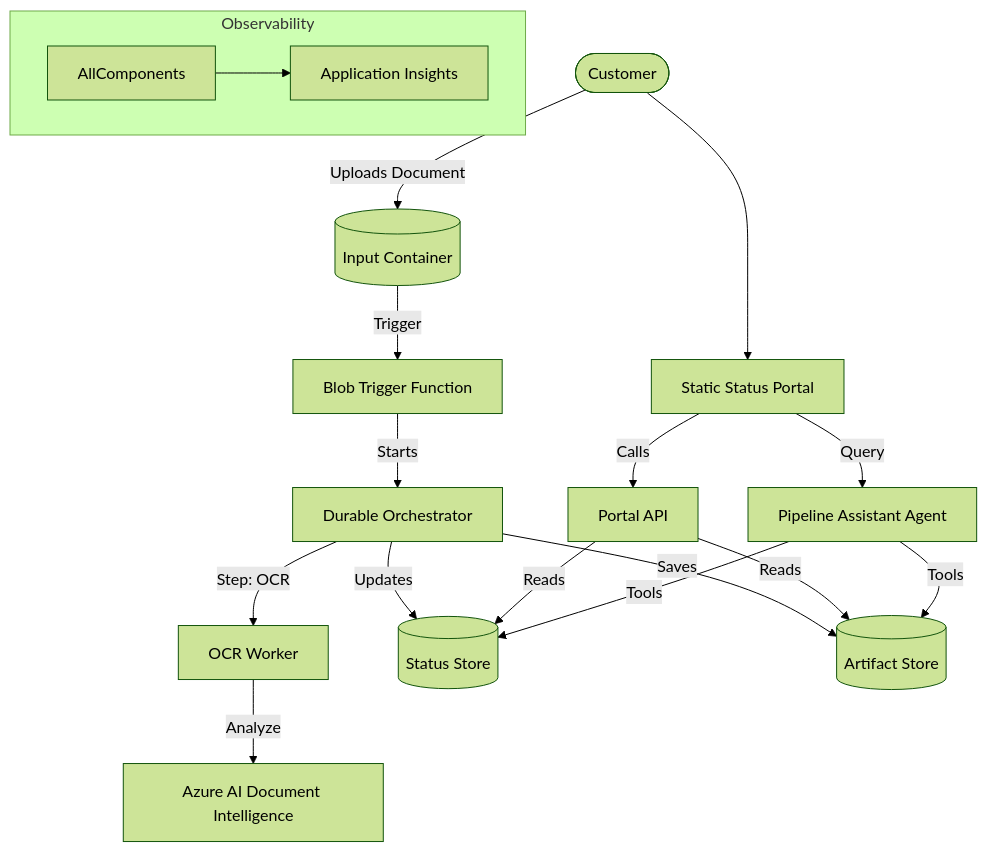
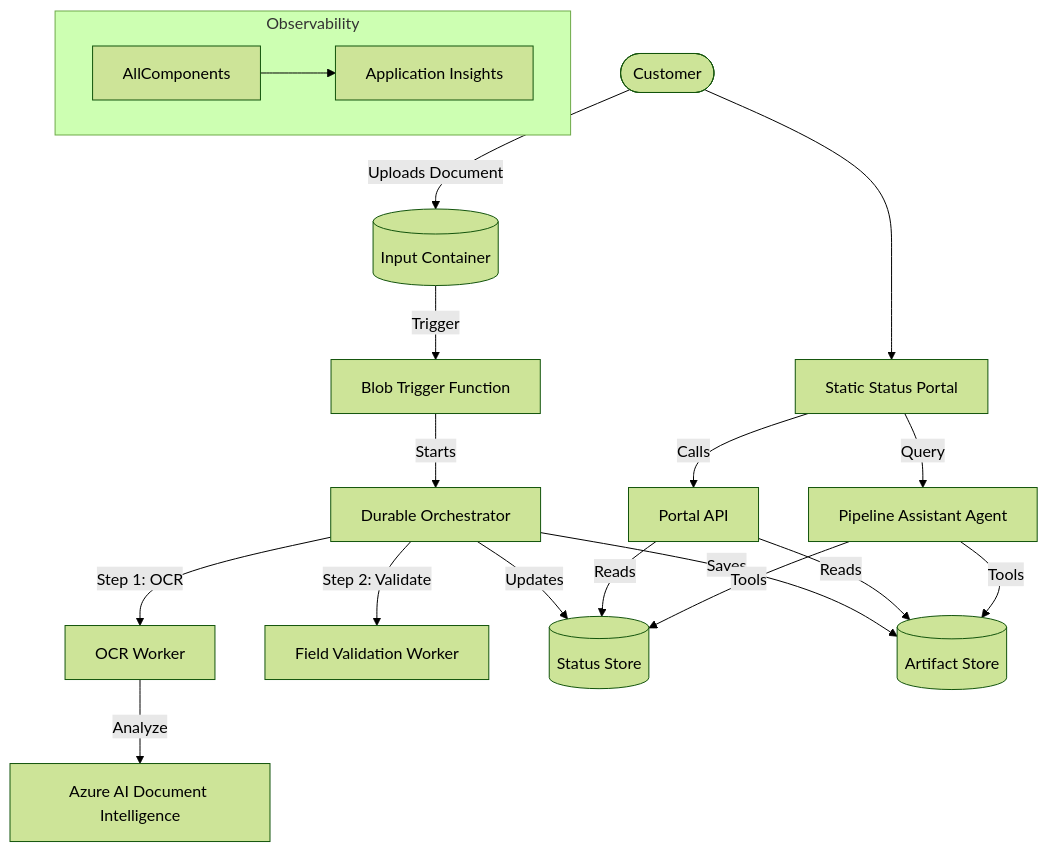
One commit to wildersa/azure_ref_kit changed the diagram in solutions/document-ai-portal/README.md. Above: the diagram before and after it, drawn with Mermaid (forest theme). The commit also changed other lines of this file and 4 other files, not shown here.

Commit message:
Define extracted field validation worker contract

````diff
--- a/solutions/document-ai-portal/README.md
+++ b/solutions/document-ai-portal/README.md
@@ -32,26 +33,28 @@
 ```mermaid
 graph TD
     User([Customer]) --> Portal[Static Status Portal]
     User -->|Uploads Document| BlobIn[(Input Container)]
 
     BlobIn -->|Trigger| TriggerFunc[Blob Trigger Function]
     TriggerFunc -->|Starts| Orchestrator[Durable Orchestrator]
 
-    Orchestrator -->|Step: OCR| OCRFunc[OCR Worker]
+    Orchestrator -->|Step 1: OCR| OCRFunc[OCR Worker]
     OCRFunc -->|Analyze| DocIntel[Azure AI Document Intelligence]
+
+    Orchestrator -->|Step 2: Validate| ValFunc[Field Validation Worker]
 
     Orchestrator -->|Updates| StatusStore[(Status Store)]
     Orchestrator -->|Saves| ArtifactStore[(Artifact Store)]
 
     Portal -->|Calls| PortalAPI[Portal API]
     PortalAPI -->|Reads| StatusStore
     PortalAPI -->|Reads| ArtifactStore
 
     Portal -->|Query| Agent[Pipeline Assistant Agent]
     Agent -->|Tools| StatusStore
     Agent -->|Tools| ArtifactStore
 
     subgraph Observability
         AllComponents --> AppInsights[Application Insights]
     end
 ```
````
